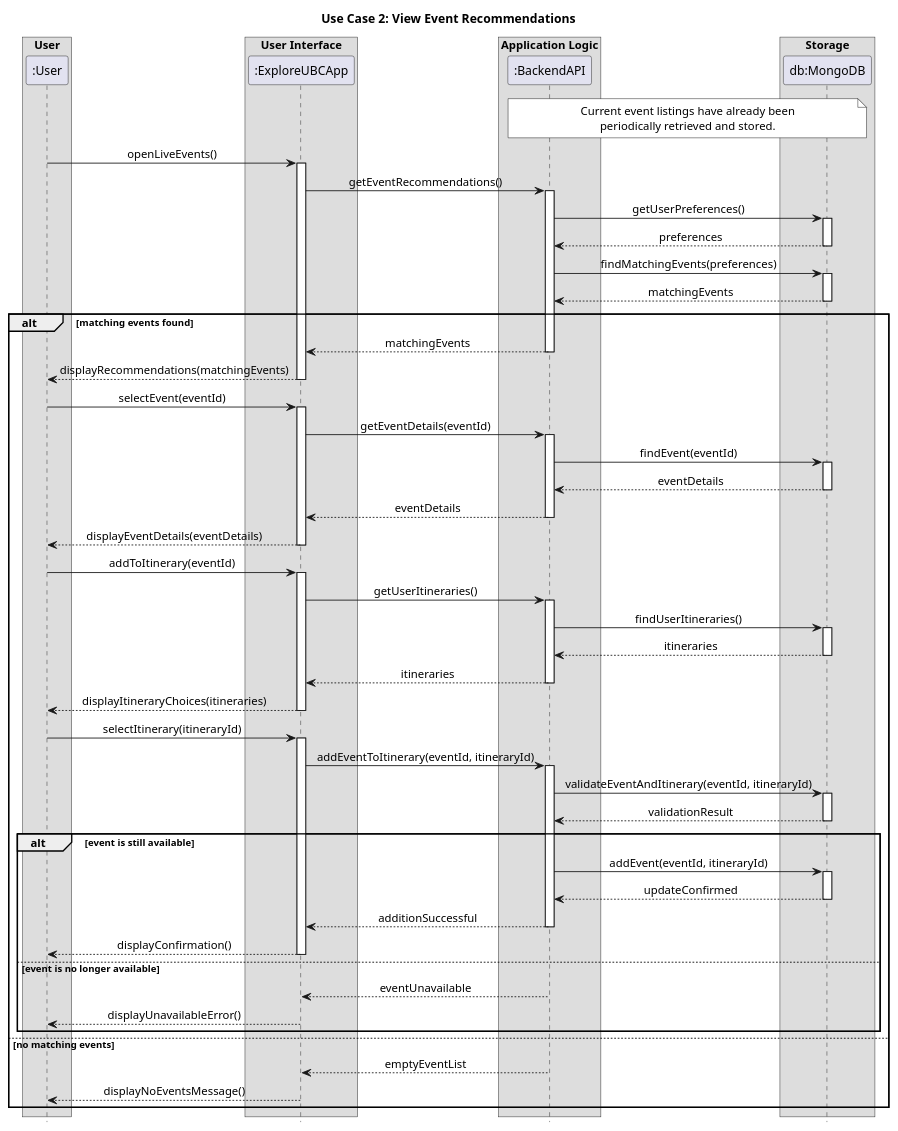
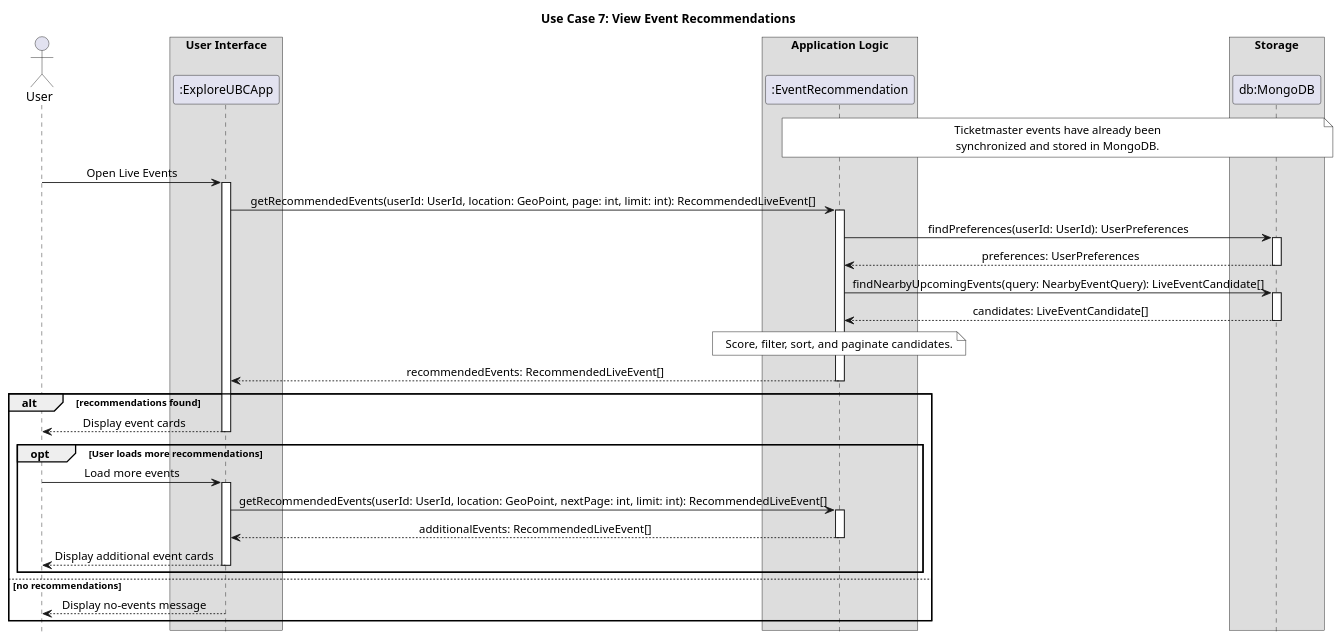
The diagram in documentation/images/view_events_seq_diagram.puml (islamhampriv/ExploreUBC), drawn with PlantUML before and after one commit. The commit also changed 4 other files, not shown here.

Commit message:
docs: update live events requirements and sequence diagrams

```diff
--- a/documentation/images/view_events_seq_diagram.puml
+++ b/documentation/images/view_events_seq_diagram.puml
@@ -1,116 +1,77 @@
 @startuml
-title Use Case 2: View Event Recommendations
+title Use Case 7: View Event Recommendations
 
 skinparam ArrowFontStyle plain
 skinparam ParticipantStyle rectangle
 skinparam Shadowing false
 skinparam DefaultTextAlignment center
 skinparam SequenceMessageAlign center
 skinparam SequenceBoxFontSize 15
 skinparam SequenceBoxPadding 0
 skinparam FontName Arial
 skinparam NoteBackgroundColor white
 skinparam NoteBorderColor black
 hide footbox
 
-box "User"
-participant ":User" as User
-end box
+actor User
 
 box "User Interface"
 participant ":ExploreUBCApp" as App
 end box
 
 box "Application Logic"
-participant ":BackendAPI" as Backend
+participant ":EventRecommendation" as EventRecommendation
 end box
 
 box "Storage"
 participant "db:MongoDB" as DB
 end box
 
-note over Backend, DB
-Current event listings have already been
-periodically retrieved and stored.
+note over EventRecommendation, DB
+Ticketmaster events have already been
+synchronized and stored in MongoDB.
 end note
 
-User -> App : openLiveEvents()
+User -> App : Open Live Events
 activate App
 
-App -> Backend : getEventRecommendations()
-activate Backend
+App -> EventRecommendation : getRecommendedEvents(userId: UserId, location: GeoPoint, page: int, limit: int): RecommendedLiveEvent[]
+activate EventRecommendation
 
-Backend -> DB : getUserPreferences()
+EventRecommendation -> DB : findPreferences(userId: UserId): UserPreferences
 activate DB
-DB --> Backend : preferences
+DB --> EventRecommendation : preferences: UserPreferences
 deactivate DB
 
-Backend -> DB : findMatchingEvents(preferences)
+EventRecommendation -> DB : findNearbyUpcomingEvents(query: NearbyEventQuery): LiveEventCandidate[]
 activate DB
-DB --> Backend : matchingEvents
+DB --> EventRecommendation : candidates: LiveEventCandidate[]
 deactivate DB
 
-alt matching events found
-    Backend --> App : matchingEvents
-    deactivate Backend
-    App --> User : displayRecommendations(matchingEvents)
+note over EventRecommendation
+Score, filter, sort, and paginate candidates.
+end note
+
+EventRecommendation --> App : recommendedEvents: RecommendedLiveEvent[]
+deactivate EventRecommendation
+
+alt recommendations found
+    App --> User : Display event cards
     deactivate App
 
-    User -> App : selectEvent(eventId)
-    activate App
-    App -> Backend : getEventDetails(eventId)
-    activate Backend
-    Backend -> DB : findEvent(eventId)
-    activate DB
-    DB --> Backend : eventDetails
-    deactivate DB
-    Backend --> App : eventDetails
-    deactivate Backend
-    App --> User : displayEventDetails(eventDetails)
-    deactivate App
-
-    User -> App : addToItinerary(eventId)
-    activate App
-    App -> Backend : getUserItineraries()
-    activate Backend
-    Backend -> DB : findUserItineraries()
-    activate DB
-    DB --> Backend : itineraries
-    deactivate DB
-    Backend --> App : itineraries
-    deactivate Backend
-    App --> User : displayItineraryChoices(itineraries)
-    deactivate App
-
-    User -> App : selectItinerary(itineraryId)
-    activate App
-    App -> Backend : addEventToItinerary(eventId, itineraryId)
-    activate Backend
-    Backend -> DB : validateEventAndItinerary(eventId, itineraryId)
-    activate DB
-    DB --> Backend : validationResult
-    deactivate DB
-
-    alt event is still available
-        Backend -> DB : addEvent(eventId, itineraryId)
-        activate DB
-        DB --> Backend : updateConfirmed
-        deactivate DB
-        Backend --> App : additionSuccessful
-        deactivate Backend
-        App --> User : displayConfirmation()
-        deactivate App
-    else event is no longer available
-        Backend --> App : eventUnavailable
-        deactivate Backend
-        App --> User : displayUnavailableError()
+    opt User loads more recommendations
+        User -> App : Load more events
+        activate App
+        App -> EventRecommendation : getRecommendedEvents(userId: UserId, location: GeoPoint, nextPage: int, limit: int): RecommendedLiveEvent[]
+        activate EventRecommendation
+        EventRecommendation --> App : additionalEvents: RecommendedLiveEvent[]
+        deactivate EventRecommendation
+        App --> User : Display additional event cards
         deactivate App
     end
-else no matching events
-    Backend --> App : emptyEventList
-    deactivate Backend
-    App --> User : displayNoEventsMessage()
+else no recommendations
+    App --> User : Display no-events message
     deactivate App
 end
 
 @enduml
```
